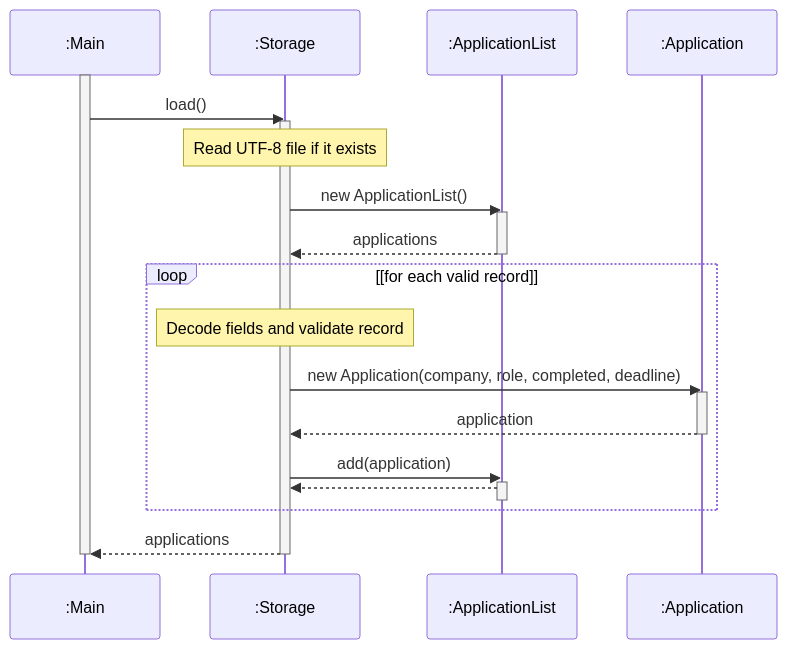
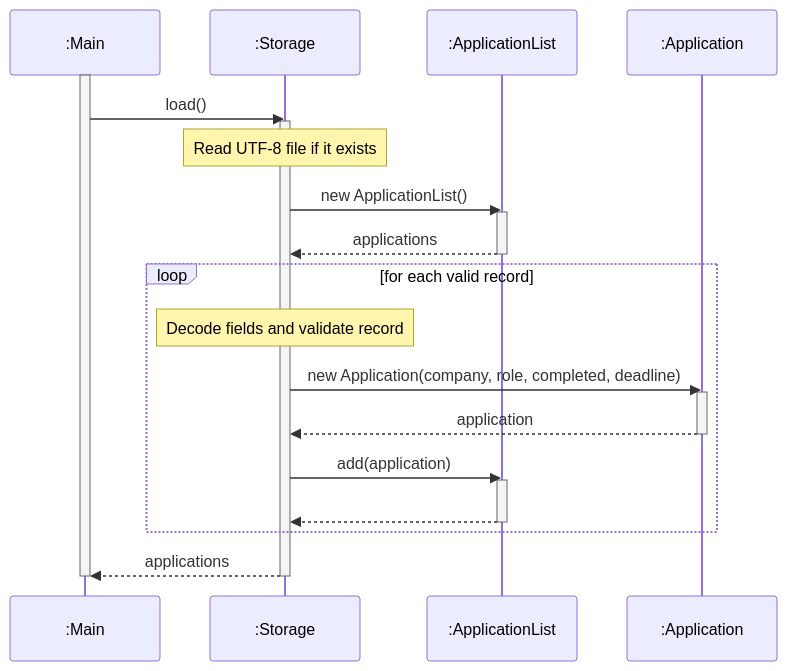
Before and after one commit to AY2627S1-CS2113-T10-2/tp: diagram 22 of 22 in docs/DeveloperGuide.md, drawn with Mermaid. The commit also changed other lines of this file, not shown here.

First line of the commit message:
docs: align sequence return arrows and enhance class diagram resolution

````diff
--- a/docs/DeveloperGuide.md
+++ b/docs/DeveloperGuide.md
@@ -1237,33 +1319,37 @@
 ```mermaid
+---
+config:
+  themeCSS: ".actor-line { stroke-dasharray: 4, 4 !important; } line.loopLine:not([style*='stroke-dasharray']) { stroke-dasharray: none !important; }"
+---
 sequenceDiagram
     participant main as :Main
     participant storage as :Storage
     participant list as :ApplicationList
     participant app as :Application
 
     activate main
     main->>storage: load()
     activate storage
     Note over storage: Read UTF-8 file if it exists
 
     storage->>list: new ApplicationList()
     activate list
     list-->>storage: applications
     deactivate list
 
-    loop [for each valid record]
+    loop for each valid record
         Note over storage: Decode fields and validate record
         storage->>app: new Application(company, role, completed, deadline)
         activate app
         app-->>storage: application
         deactivate app
         storage->>list: add(application)
         activate list
-        list-->>storage: 
+        list-->>storage: ​
         deactivate list
     end
 
     storage-->>main: applications
     deactivate storage
     deactivate main
 ```
````
